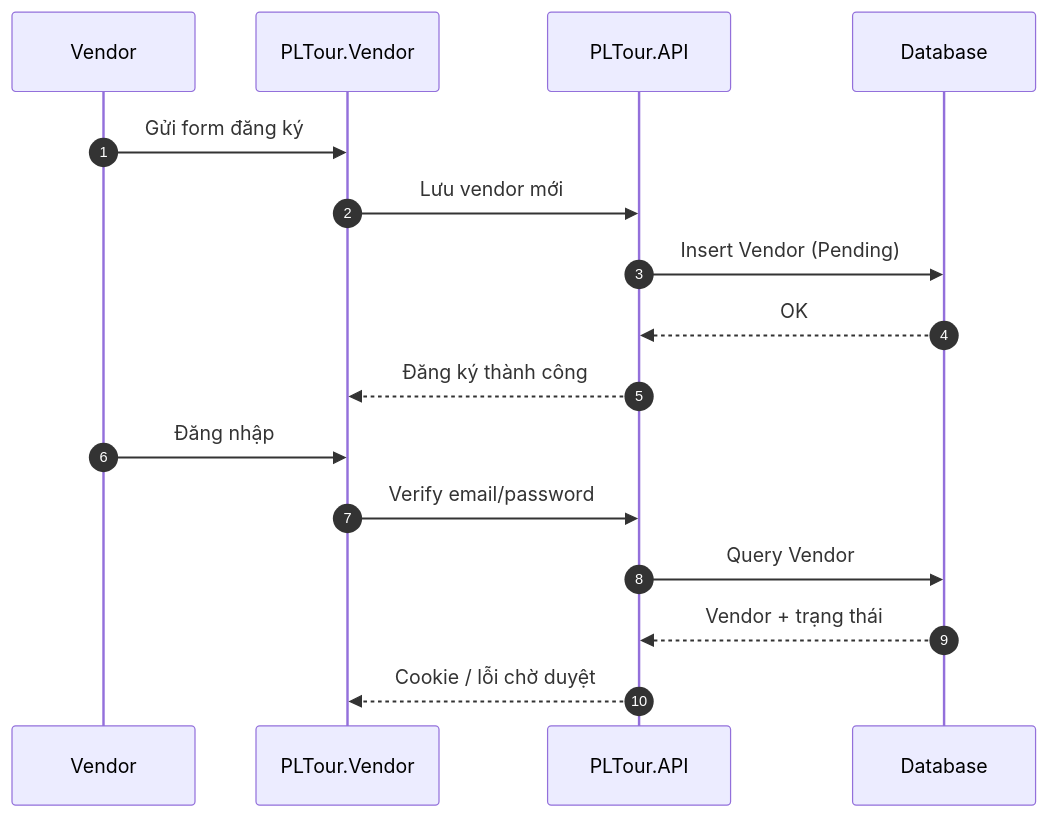
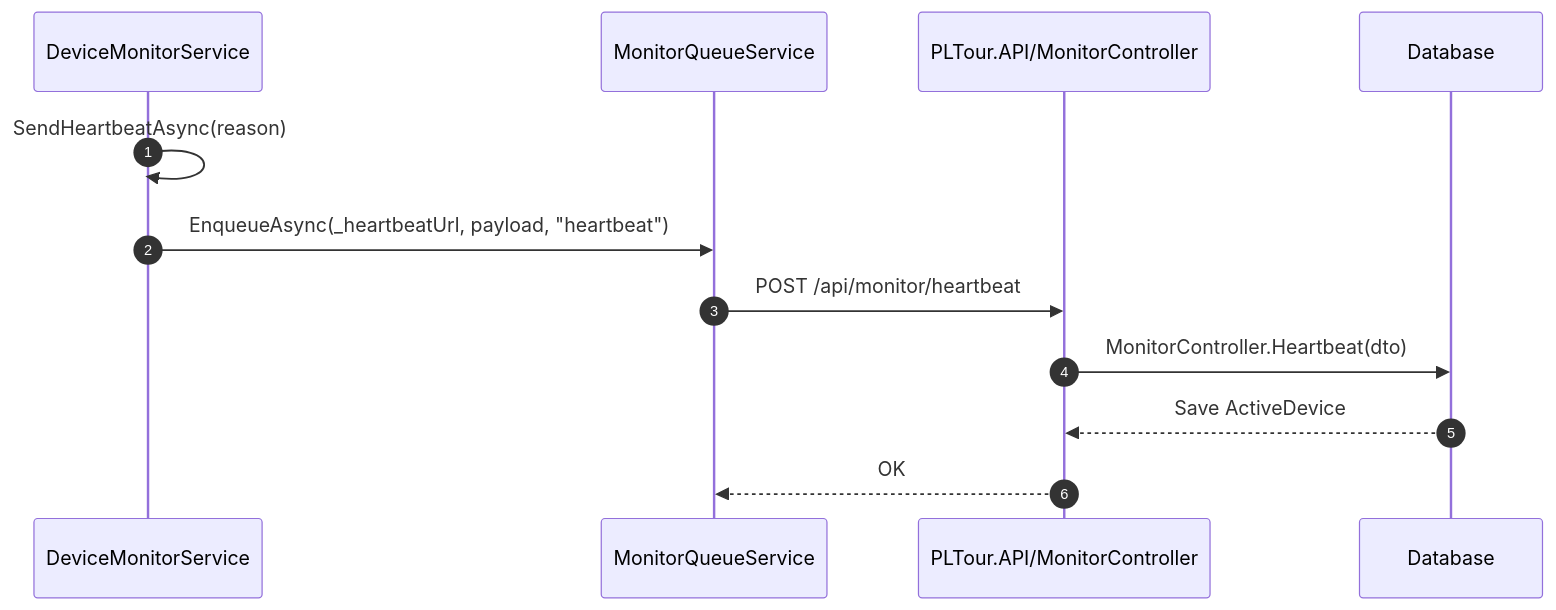
Before and after one commit to Hantieus/PL-Tour: the seventh of 35 diagrams in PRD_PLTour.md, drawn with Mermaid. The commit also changed other lines of this file, not shown here.

````diff
--- a/PRD_PLTour.md
+++ b/PRD_PLTour.md
@@ -310,19 +284,15 @@
 ```mermaid
 sequenceDiagram
   autonumber
-  participant V as Vendor
-  participant WEB as PLTour.Vendor
-  participant API as PLTour.API
+  participant DMS as DeviceMonitorService
+  participant MQ as MonitorQueueService
+  participant API as PLTour.API/MonitorController
   participant DB as Database
 
-  V->>WEB: Gửi form đăng ký
-  WEB->>API: Lưu vendor mới
-  API->>DB: Insert Vendor (Pending)
-  DB-->>API: OK
-  API-->>WEB: Đăng ký thành công
-  V->>WEB: Đăng nhập
-  WEB->>API: Verify email/password
-  API->>DB: Query Vendor
-  DB-->>API: Vendor + trạng thái
-  API-->>WEB: Cookie / lỗi chờ duyệt
+  DMS->>DMS: SendHeartbeatAsync(reason)
+  DMS->>MQ: EnqueueAsync(_heartbeatUrl, payload, "heartbeat")
+  MQ->>API: POST /api/monitor/heartbeat
+  API->>DB: MonitorController.Heartbeat(dto)
+  DB-->>API: Save ActiveDevice
+  API-->>MQ: OK
 ```
````
